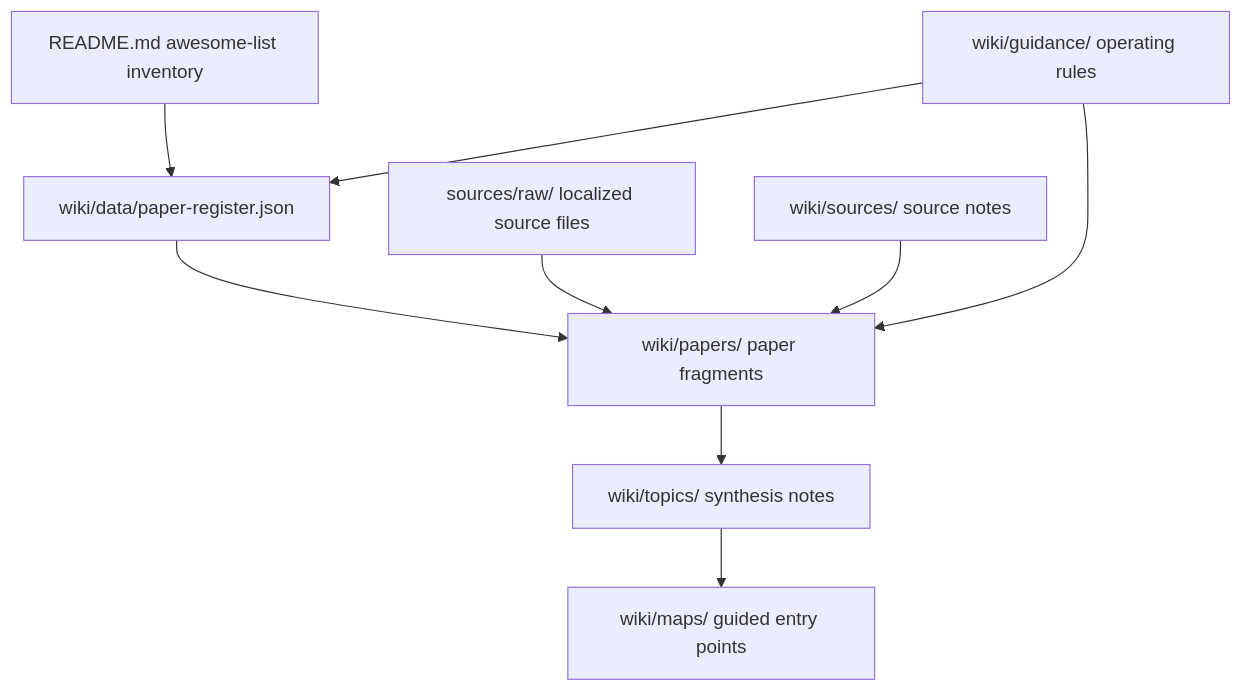
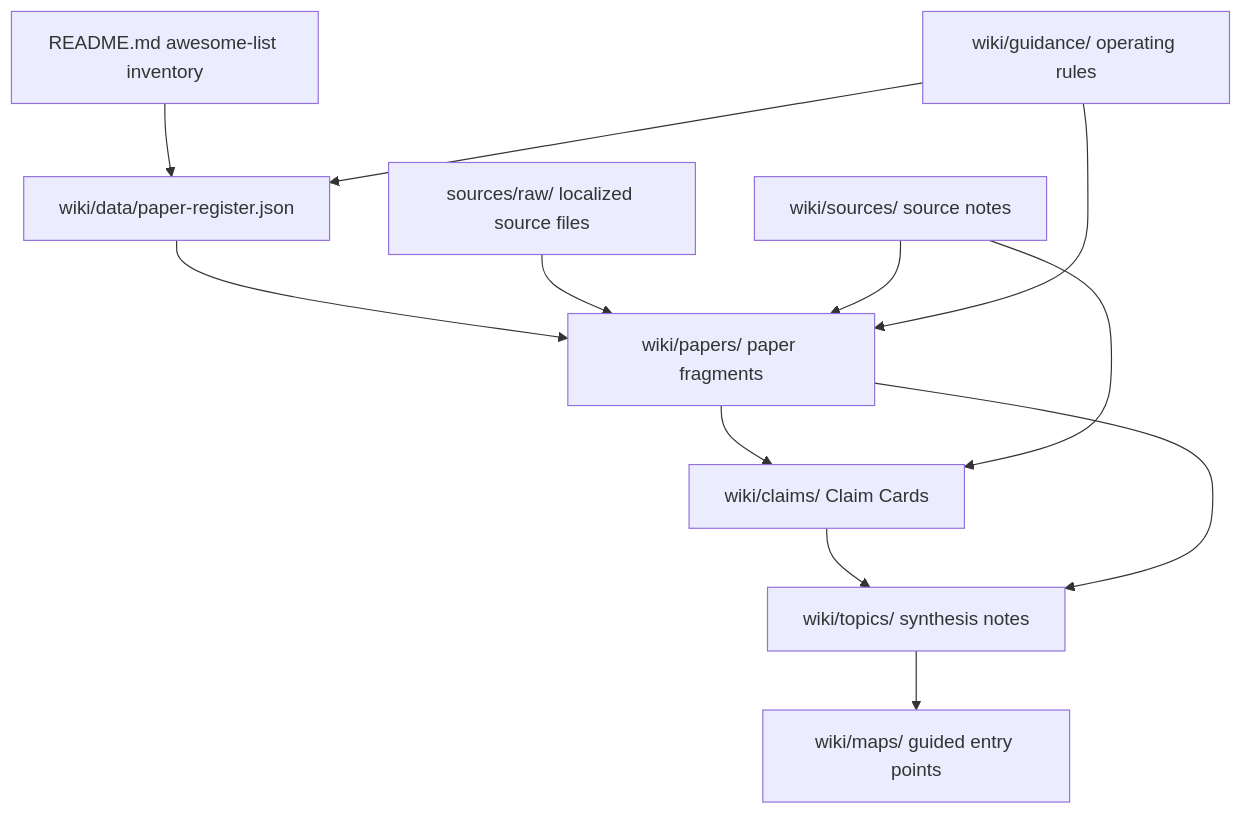
One commit to chris-page-gov/Awesome-Code-as-Agent-Harness-Papers changed the diagram in wiki/architecture/llm-wiki-architecture.md. Above: the diagram before and after it, drawn with Mermaid. The commit also changed other lines of this file and 1542 other files, not shown here.

Commit message:
Add claim cards and wiki evaluation suite

````diff
--- a/wiki/architecture/llm-wiki-architecture.md
+++ b/wiki/architecture/llm-wiki-architecture.md
@@ -15,11 +15,14 @@
 ```mermaid
 flowchart TD
   README["README.md awesome-list inventory"] --> Register["wiki/data/paper-register.json"]
   Register --> Papers["wiki/papers/ paper fragments"]
   Sources["sources/raw/ localized source files"] --> Papers
   SourceNotes["wiki/sources/ source notes"] --> Papers
+  Papers --> Claims["wiki/claims/ Claim Cards"]
+  SourceNotes --> Claims
+  Claims --> Topics
   Papers --> Topics["wiki/topics/ synthesis notes"]
   Topics --> Maps["wiki/maps/ guided entry points"]
   Guidance["wiki/guidance/ operating rules"] --> Register
   Guidance --> Papers
 ```
````
